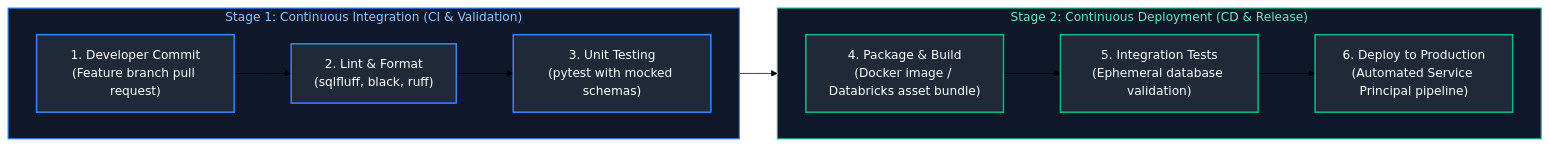
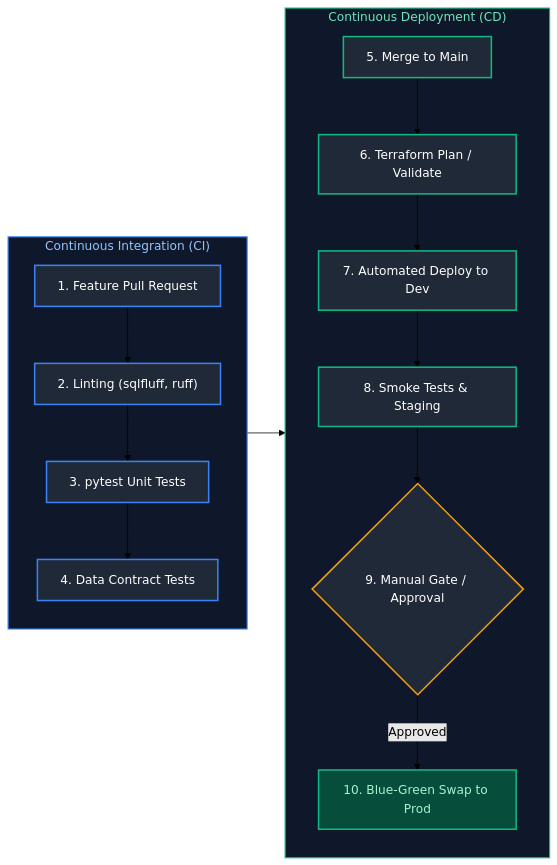
Before and after one commit to joydeep-biswas/Interview-Preparation: the eighth of 10 diagrams in Data Engineering/13_azure_data_engineering_and_devops.md, drawn with Mermaid (forest theme). The commit also changed other lines of this file and 143 other files, not shown here.

````diff
--- a/Data Engineering/13_azure_data_engineering_and_devops.md
+++ b/Data Engineering/13_azure_data_engineering_and_devops.md
@@ -865,23 +941,32 @@
 ```mermaid
 flowchart LR
-    subgraph Stage1 ["Stage 1: Continuous Integration (CI & Validation)"]
-        direction LR
-        Dev["1. Developer Commit<br/>(Feature branch pull request)"] --> Lint["2. Lint & Format<br/>(sqlfluff, black, ruff)"] --> Unit["3. Unit Testing<br/>(pytest with mocked schemas)"]
+    subgraph CI_Stage ["Continuous Integration (CI)"]
+        PR["1. Feature Pull Request"] --> Lint["2. Linting (sqlfluff, ruff)"]
+        Lint --> Unit["3. pytest Unit Tests"]
+        Unit --> Contract["4. Data Contract Tests"]
     end
 
-    subgraph Stage2 ["Stage 2: Continuous Deployment (CD & Release)"]
-        direction LR
-        Build["4. Package & Build<br/>(Docker image / Databricks asset bundle)"] --> TestInt["5. Integration Tests<br/>(Ephemeral database validation)"] --> Deploy["6. Deploy to Production<br/>(Automated Service Principal pipeline)"]
+    subgraph CD_Stage ["Continuous Deployment (CD)"]
+        Merge["5. Merge to Main"] --> TFPlan["6. Terraform Plan / Validate"]
+        TFPlan --> DeployDev["7. Automated Deploy to Dev"]
+        DeployDev --> Smoke["8. Smoke Tests & Staging"]
+        Smoke --> Approval{"9. Manual Gate / Approval"}
+        Approval -- Approved --> DeployProd["10. Blue-Green Swap to Prod"]
     end
 
-    Unit --> Build
+    CI_Stage --> CD_Stage
 
-    style Stage1 fill:#0f172a,stroke:#3b82f6,stroke-width:1.5px,color:#93c5fd
-    style Stage2 fill:#0f172a,stroke:#10b981,stroke-width:1.5px,color:#6ee7b7
-    style Dev fill:#1f2937,stroke:#3b82f6,stroke-width:2px,color:#fff
+    style CI_Stage fill:#0f172a,stroke:#3b82f6,stroke-width:1.5px,color:#93c5fd
+    style CD_Stage fill:#0f172a,stroke:#10b981,stroke-width:1.5px,color:#6ee7b7
+
+    style PR fill:#1f2937,stroke:#3b82f6,stroke-width:2px,color:#fff
     style Lint fill:#1f2937,stroke:#3b82f6,stroke-width:2px,color:#fff
     style Unit fill:#1f2937,stroke:#3b82f6,stroke-width:2px,color:#fff
-    style Build fill:#1f2937,stroke:#10b981,stroke-width:2px,color:#fff
-    style TestInt fill:#1f2937,stroke:#10b981,stroke-width:2px,color:#fff
-    style Deploy fill:#1f2937,stroke:#10b981,stroke-width:2px,color:#fff
+    style Contract fill:#1f2937,stroke:#3b82f6,stroke-width:2px,color:#fff
+    style Merge fill:#1f2937,stroke:#10b981,stroke-width:2px,color:#fff
+    style TFPlan fill:#1f2937,stroke:#10b981,stroke-width:2px,color:#fff
+    style DeployDev fill:#1f2937,stroke:#10b981,stroke-width:2px,color:#fff
+    style Smoke fill:#1f2937,stroke:#10b981,stroke-width:2px,color:#fff
+    style Approval fill:#1f2937,stroke:#f59e0b,stroke-width:2px,color:#fff
+    style DeployProd fill:#064e3b,stroke:#10b981,stroke-width:2px,color:#a7f3d0
 ```
````
